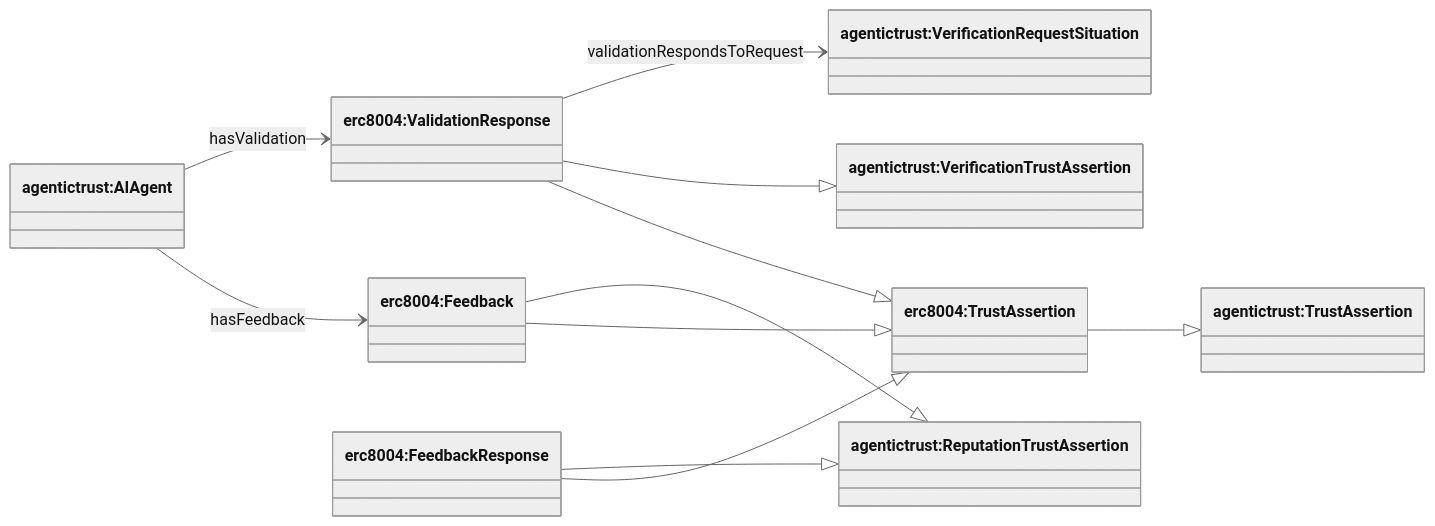
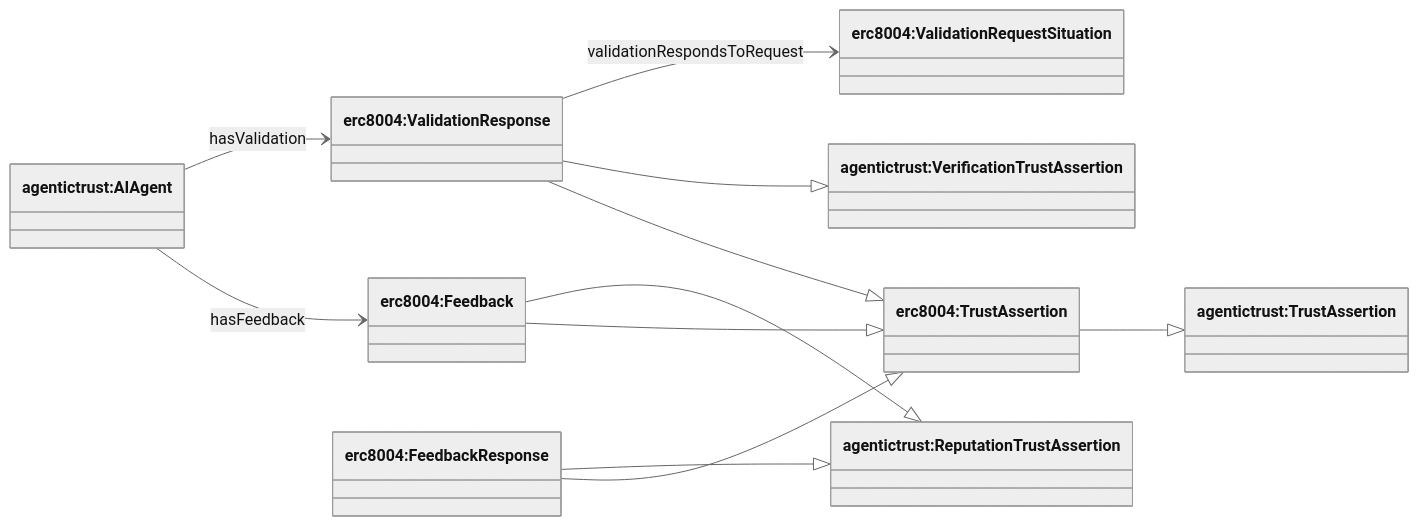
One commit to Agentic-Trust-Layer/agent-explorer changed the second of 3 diagrams in docs/ontology/erc8004.md. Above: the diagram before and after it, drawn with Mermaid (neutral theme). The commit also changed other lines of this file and 11 other files, not shown here.

````diff
--- a/docs/ontology/erc8004.md
+++ b/docs/ontology/erc8004.md
@@ -66,30 +66,30 @@
 ```mermaid
 classDiagram
 direction LR
 
 class TrustAssertion["agentictrust:TrustAssertion"]
 class VerificationAssertion["agentictrust:VerificationTrustAssertion"]
 class ReputationAssertion["agentictrust:ReputationTrustAssertion"]
 class AIAgent["agentictrust:AIAgent"]
 
 class ErcTrustAssertion["erc8004:TrustAssertion"]
-class ValidationRequest["agentictrust:VerificationRequestSituation"]
+class ValidationRequest["erc8004:ValidationRequestSituation"]
 class ValidationResponse["erc8004:ValidationResponse"]
 class Feedback["erc8004:Feedback"]
 class FeedbackResponse["erc8004:FeedbackResponse"]
 
 ErcTrustAssertion --|> TrustAssertion
 
 ValidationResponse --|> ErcTrustAssertion
 ValidationResponse --|> VerificationAssertion
 
 Feedback --|> ErcTrustAssertion
 Feedback --|> ReputationAssertion
 FeedbackResponse --|> ErcTrustAssertion
 FeedbackResponse --|> ReputationAssertion
 
 AIAgent --> Feedback : hasFeedback
 AIAgent --> ValidationResponse : hasValidation
 
 ValidationResponse --> ValidationRequest : validationRespondsToRequest
 ```
````
